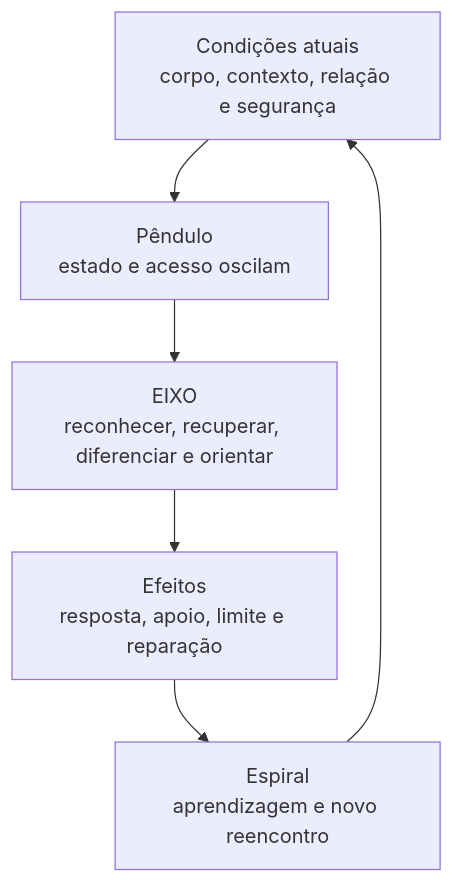
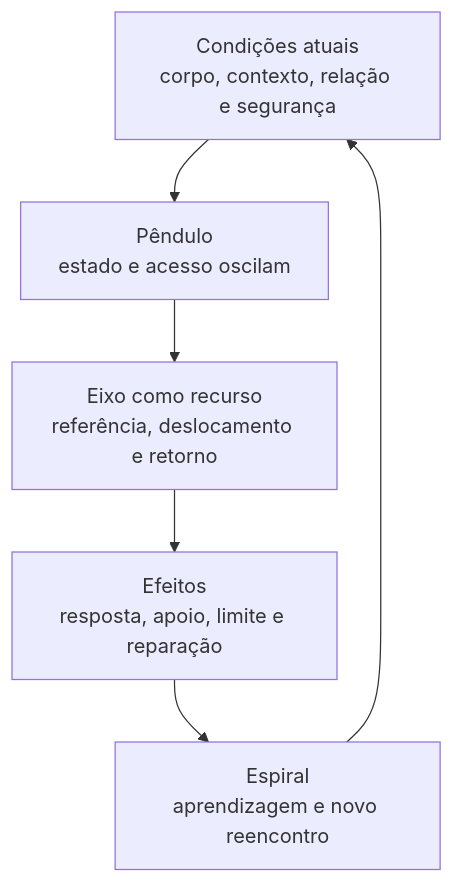
The diagram in 70 - Produções/Cursos/Curso - Nome Provisório/60 - Arquitetura Pedagógica/10 - Mapas Transversais/02 - Mapa Mestre - Pêndulo, Espiral e Percurso.md (fabianodeliberalli/base-cognitiva-vault), drawn with Mermaid before and after one commit. The commit also changed other lines of this file and 112 other files, not shown here.

Commit message:
Atualiza Raio X e reclassifica eixo como recurso didático

````diff
--- a/70 - Produções/Cursos/Curso - Nome Provisório/60 - Arquitetura Pedagógica/10 - Mapas Transversais/02 - Mapa Mestre - Pêndulo, Espiral e Percurso.md
+++ b/70 - Produções/Cursos/Curso - Nome Provisório/60 - Arquitetura Pedagógica/10 - Mapas Transversais/02 - Mapa Mestre - Pêndulo, Espiral e Percurso.md
@@ -23,14 +23,14 @@
 ```mermaid
 flowchart TD
     A["Condições atuais<br/>corpo, contexto, relação e segurança"]
     B["Pêndulo<br/>estado e acesso oscilam"]
-    C["EIXO<br/>reconhecer, recuperar, diferenciar e orientar"]
+    C["Eixo como recurso<br/>referência, deslocamento e retorno"]
     D["Efeitos<br/>resposta, apoio, limite e reparação"]
     E["Espiral<br/>aprendizagem e novo reencontro"]
 
     A --> B
     B --> C
     C --> D
     D --> E
     E --> A
 ```
````
